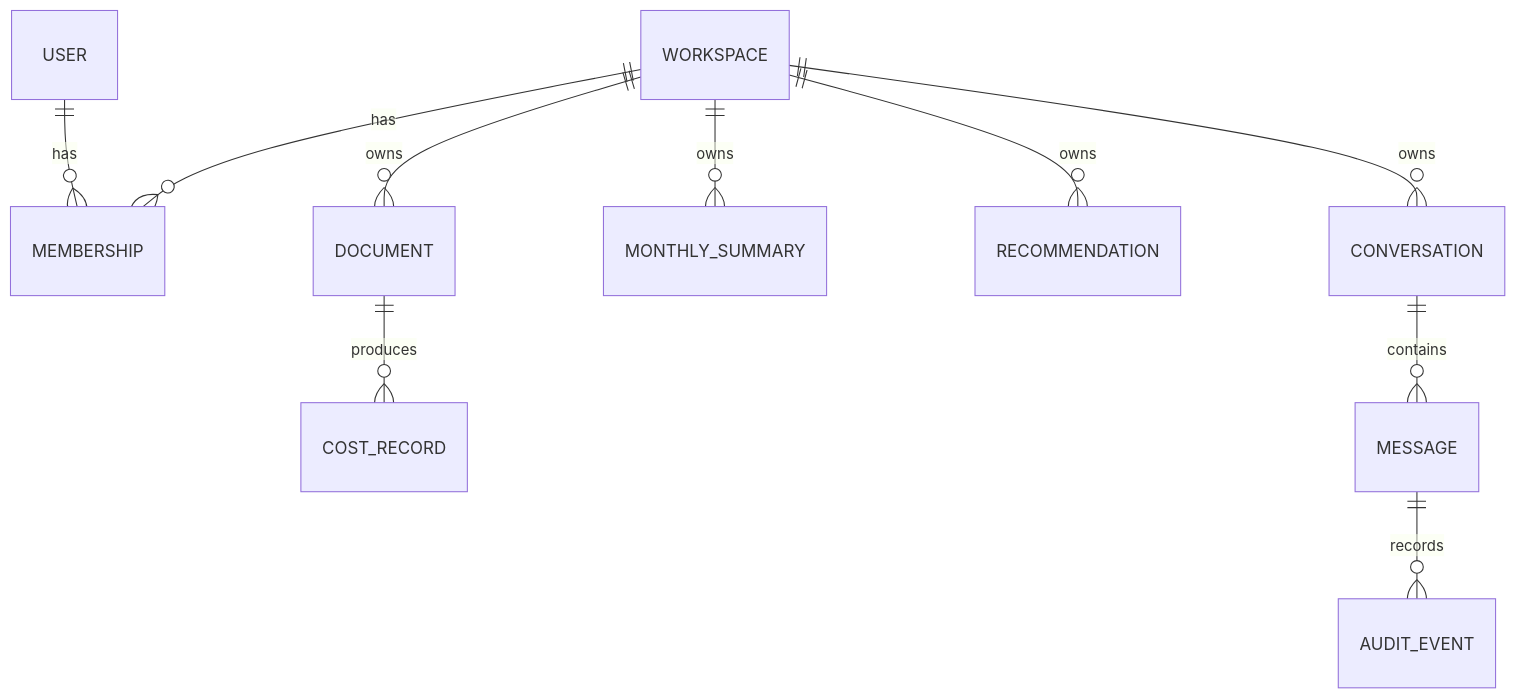
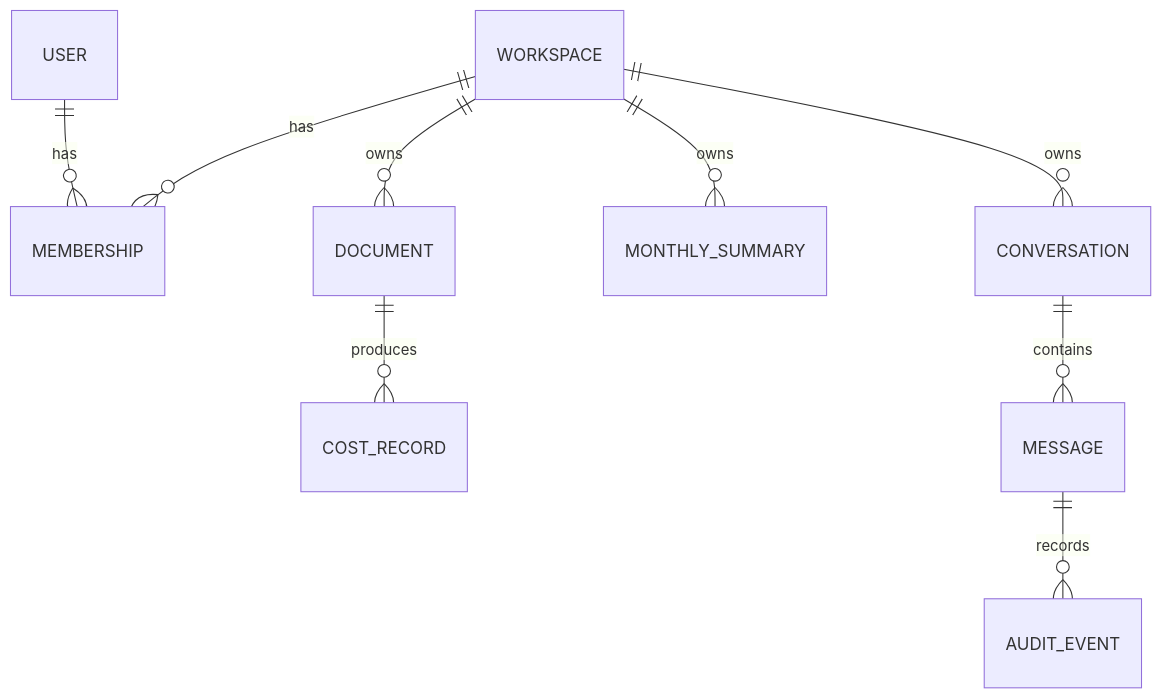
The diagram in docs/architecture/data-model.md (sasindu345/CostPilot), drawn with Mermaid before and after one commit. The commit also changed other lines of this file and 11 other files, not shown here.

````diff
--- a/docs/architecture/data-model.md
+++ b/docs/architecture/data-model.md
@@ -5,12 +5,11 @@
 ```mermaid
 erDiagram
     USER ||--o{ MEMBERSHIP : has
     WORKSPACE ||--o{ MEMBERSHIP : has
     WORKSPACE ||--o{ DOCUMENT : owns
     DOCUMENT ||--o{ COST_RECORD : produces
     WORKSPACE ||--o{ MONTHLY_SUMMARY : owns
-    WORKSPACE ||--o{ RECOMMENDATION : owns
     WORKSPACE ||--o{ CONVERSATION : owns
     CONVERSATION ||--o{ MESSAGE : contains
     MESSAGE ||--o{ AUDIT_EVENT : records
 ```
````
